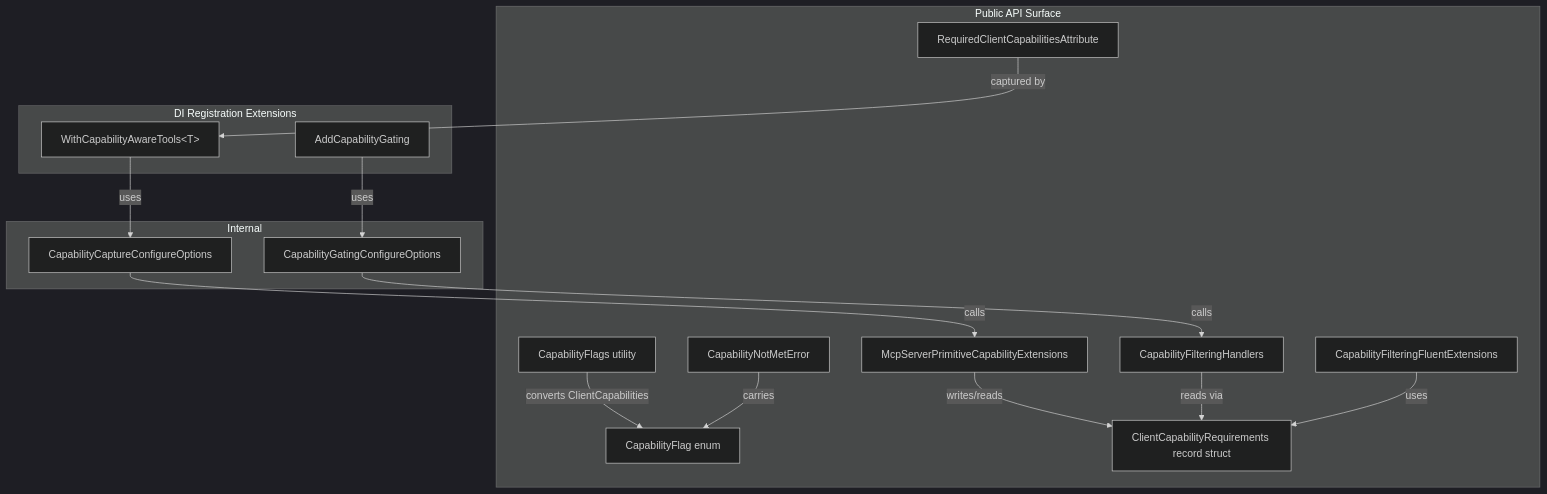
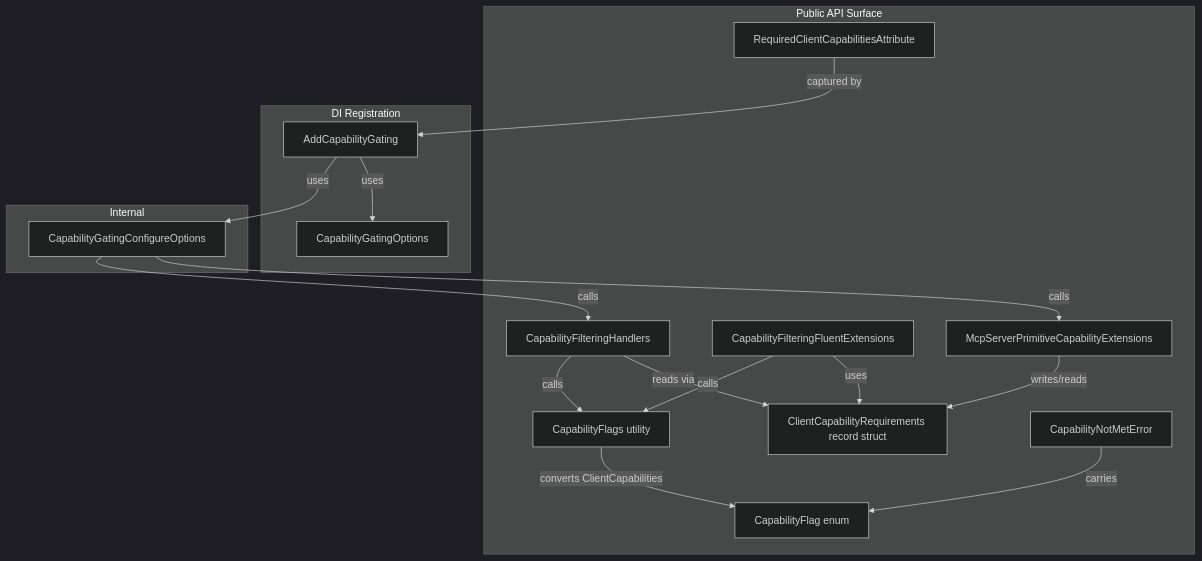
The fifth of 5 diagrams in src/McpCapabilities.Server/README.md (logichaos/McpCapabilities), drawn with Mermaid (dark theme) before and after one commit. The commit also changed other lines of this file and 16 other files, not shown here.

````diff
--- a/src/McpCapabilities.Server/README.md
+++ b/src/McpCapabilities.Server/README.md
@@ -295,34 +339,35 @@
 ```mermaid
 graph TD
     subgraph "Public API Surface"
         ATTR[RequiredClientCapabilitiesAttribute]
         FLAG[CapabilityFlag enum]
         FLAGS[CapabilityFlags utility]
         REQS[ClientCapabilityRequirements record struct]
         ERROR[CapabilityNotMetError]
         PRIM[McpServerPrimitiveCapabilityExtensions]
         FLUENT[CapabilityFilteringFluentExtensions]
         HANDLERS[CapabilityFilteringHandlers]
     end
 
-    subgraph "DI Registration Extensions"
-        CAPTURE[WithCapabilityAwareTools&lt;T&gt;]
+    subgraph "DI Registration"
+        OPTS[CapabilityGatingOptions]
         GATING[AddCapabilityGating]
     end
 
     subgraph "Internal"
-        CAPTOPT[CapabilityCaptureConfigureOptions]
         GATEOPT[CapabilityGatingConfigureOptions]
     end
 
-    ATTR -->|captured by| CAPTURE
-    CAPTURE -->|uses| CAPTOPT
-    CAPTOPT -->|calls| PRIM
+    ATTR -->|captured by| GATING
+    GATING -->|uses| OPTS
+    GATING -->|uses| GATEOPT
+    GATEOPT -->|calls| PRIM
     PRIM -->|writes/reads| REQS
-    GATING -->|uses| GATEOPT
     GATEOPT -->|calls| HANDLERS
     HANDLERS -->|reads via| REQS
+    HANDLERS -->|calls| FLAGS
     FLUENT -->|uses| REQS
+    FLUENT -->|calls| FLAGS
     FLAGS -->|converts ClientCapabilities| FLAG
     ERROR -->|carries| FLAG
 ```
````
